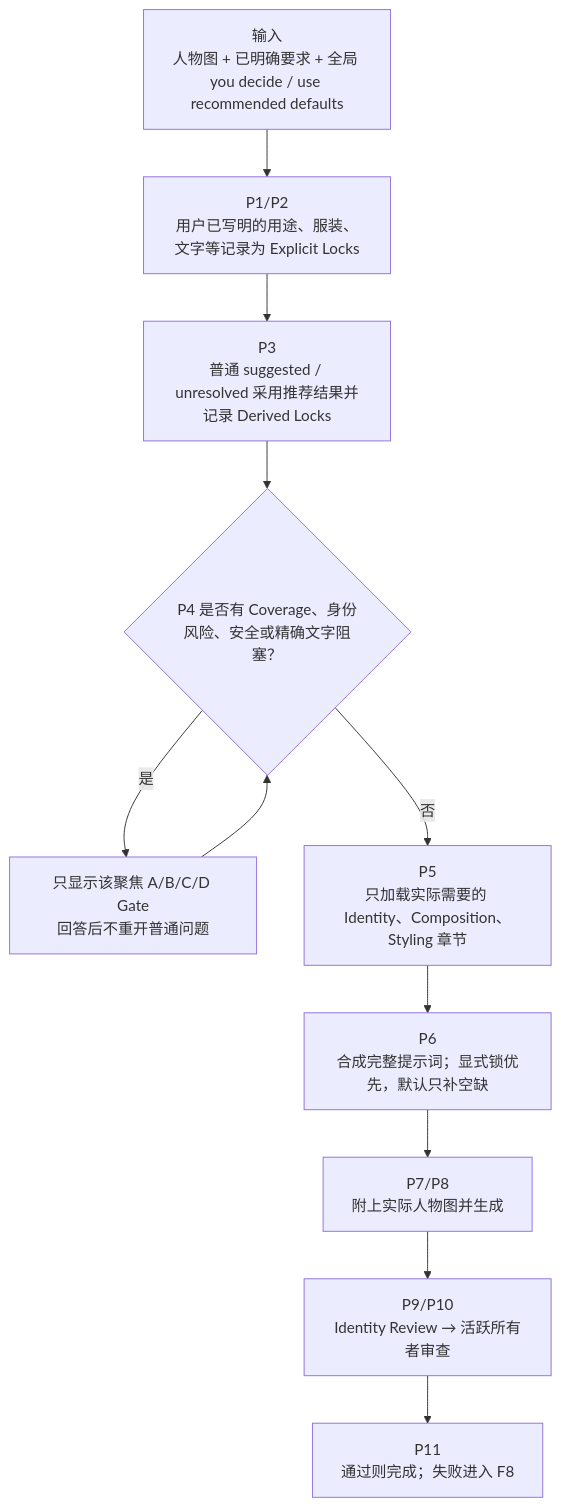
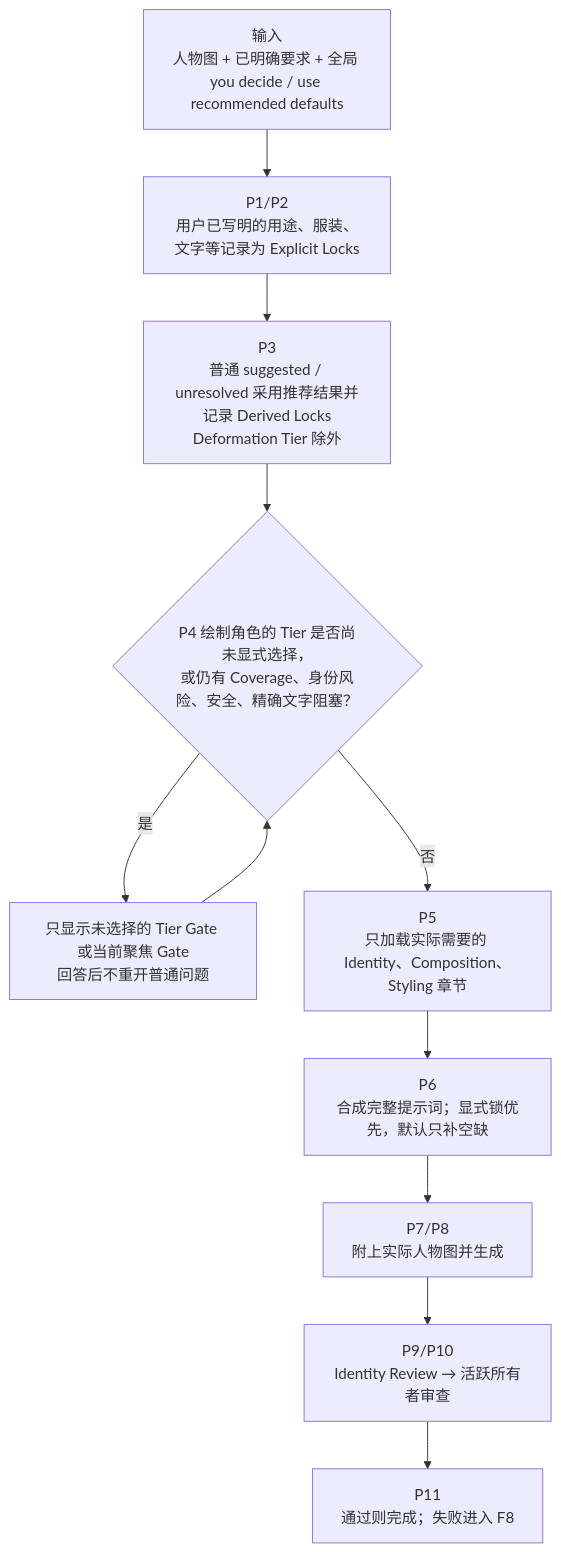
The sixth of 13 diagrams in docs/architecture.md (cyaoc/cast-me), drawn with Mermaid before and after one commit. The commit also changed other lines of this file and 2 other files, not shown here.

Commit message:
fix: require explicit deformation selection

````diff
--- a/docs/architecture.md
+++ b/docs/architecture.md
@@ -268,13 +268,13 @@
 ```mermaid
 flowchart TD
     U["输入<br/>人物图 + 已明确要求 + 全局 you decide / use recommended defaults"] --> E["P1/P2<br/>用户已写明的用途、服装、文字等记录为 Explicit Locks"]
-    E --> D["P3<br/>普通 suggested / unresolved 采用推荐结果并记录 Derived Locks"]
-    D --> BLOCK{"P4 是否有 Coverage、身份风险、安全或精确文字阻塞？"}
-    BLOCK -- 是 --> G["只显示该聚焦 A/B/C/D Gate<br/>回答后不重开普通问题"]
+    E --> D["P3<br/>普通 suggested / unresolved 采用推荐结果并记录 Derived Locks<br/>Deformation Tier 除外"]
+    D --> BLOCK{"P4 绘制角色的 Tier 是否尚未显式选择，<br/>或仍有 Coverage、身份风险、安全、精确文字阻塞？"}
+    BLOCK -- 是 --> G["只显示未选择的 Tier Gate 或当前聚焦 Gate<br/>回答后不重开普通问题"]
     G --> BLOCK
     BLOCK -- 否 --> LOAD["P5<br/>只加载实际需要的 Identity、Composition、Styling 章节"]
     LOAD --> P["P6<br/>合成完整提示词；显式锁优先，默认只补空缺"]
     P --> T["P7/P8<br/>附上实际人物图并生成"]
     T --> R["P9/P10<br/>Identity Review → 活跃所有者审查"]
     R --> O["P11<br/>通过则完成；失败进入 F8"]
 ```
````
